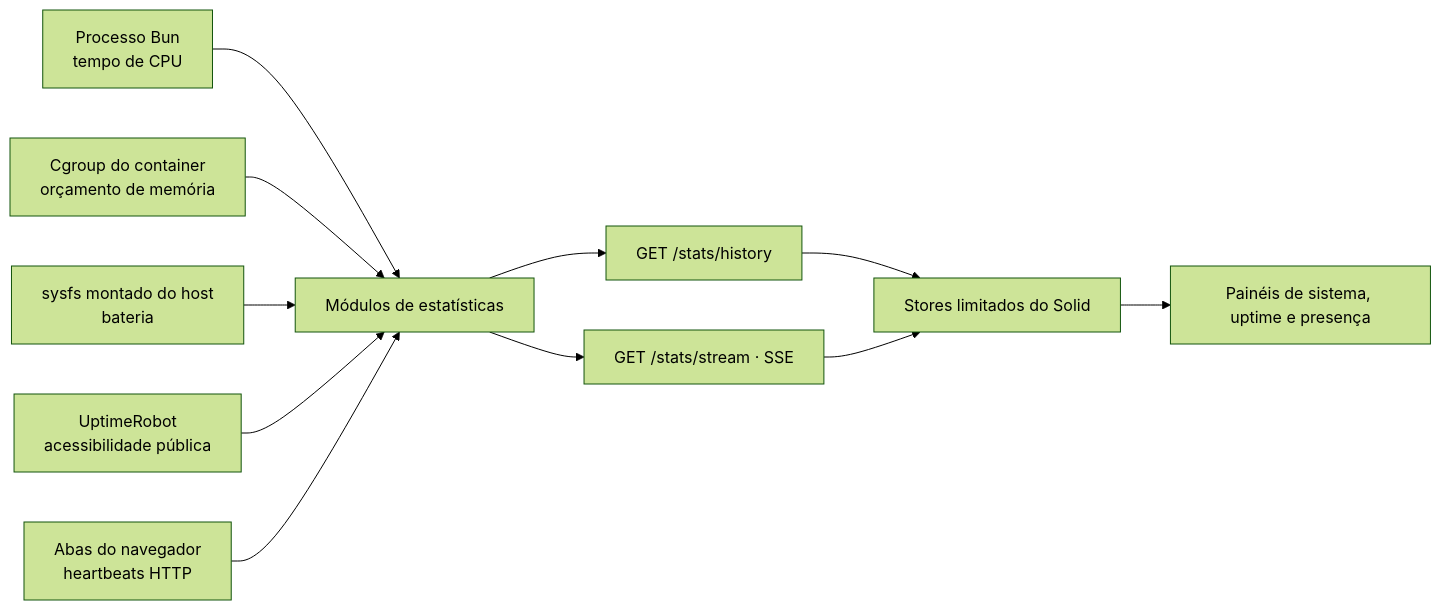
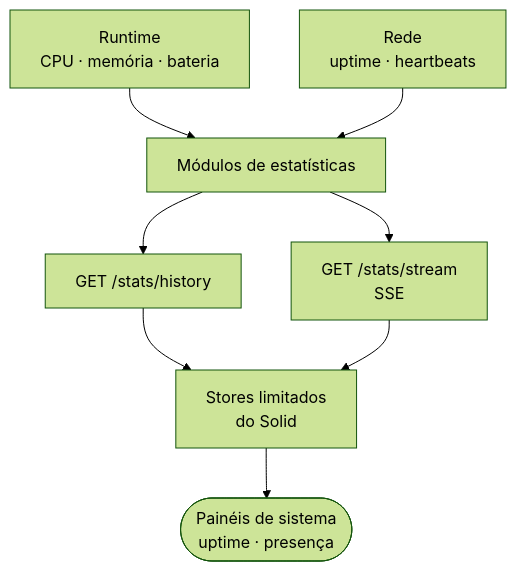
The diagram in web/content/blog/health-telemetry-from-the-real-runtime.pt-BR.mdx (ErickCReis/ErickCReis), drawn with Mermaid (forest theme) before and after one commit. The commit also changed 23 other files, not shown here.

Commit message:
Polish Mermaid diagrams across blog posts

````diff
--- a/web/content/blog/health-telemetry-from-the-real-runtime.pt-BR.mdx
+++ b/web/content/blog/health-telemetry-from-the-real-runtime.pt-BR.mdx
@@ -10,13 +10,10 @@
 ```mermaid center
-flowchart LR
-  Process["Processo Bun<br/>tempo de CPU"] --> Stats["Módulos de estatísticas"]
-  Cgroup["Cgroup do container<br/>orçamento de memória"] --> Stats
-  Host["sysfs montado do host<br/>bateria"] --> Stats
-  Outside["UptimeRobot<br/>acessibilidade pública"] --> Stats
-  Presence["Abas do navegador<br/>heartbeats HTTP"] --> Stats
+flowchart TB
+  Runtime["Runtime<br/>CPU · memória · bateria"] --> Stats["Módulos de estatísticas"]
+  Network["Rede<br/>uptime · heartbeats"] --> Stats
   Stats --> Bootstrap["GET /stats/history"]
-  Stats --> Stream["GET /stats/stream · SSE"]
-  Bootstrap --> Stores["Stores limitados do Solid"]
+  Stats --> Stream["GET /stats/stream<br/>SSE"]
+  Bootstrap --> Stores["Stores limitados<br/>do Solid"]
   Stream --> Stores
-  Stores --> Panels["Painéis de sistema, uptime e presença"]
+  Stores --> Panels(["Painéis de sistema<br/>uptime · presença"])
 ```
````
